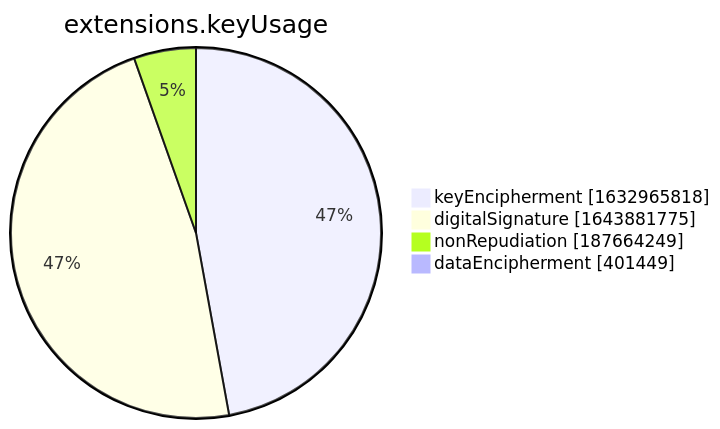
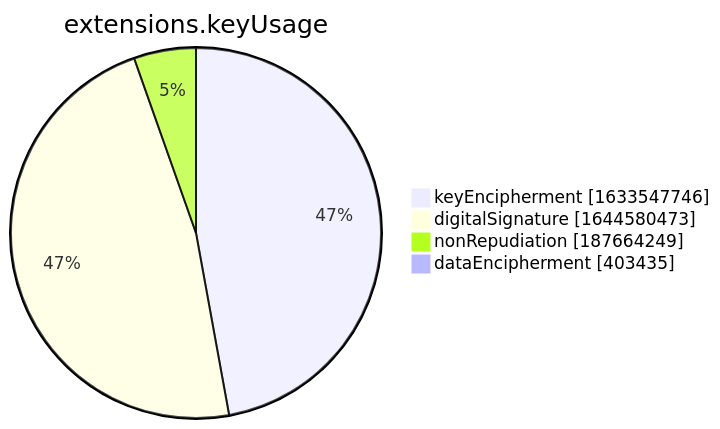
Before and after one commit to christiankrug/ctmonitor_visualization: the seventh of 15 diagrams in xenon2022/README.md, drawn with Mermaid. The commit also changed other lines of this file, not shown here.

````diff
--- a/xenon2022/README.md
+++ b/xenon2022/README.md
@@ -2855,8 +2855,8 @@
 ```mermaid
 pie showData
 title extensions.keyUsage
-"keyEncipherment" :1632965818
-"digitalSignature" :1643881775
+"keyEncipherment" :1633547746
+"digitalSignature" :1644580473
 "nonRepudiation" :187664249
-"dataEncipherment" :401449
+"dataEncipherment" :403435
 ```
````
